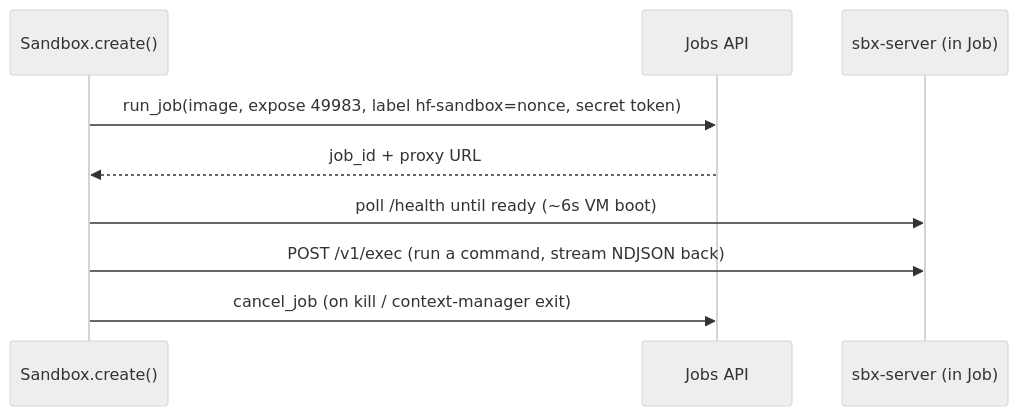
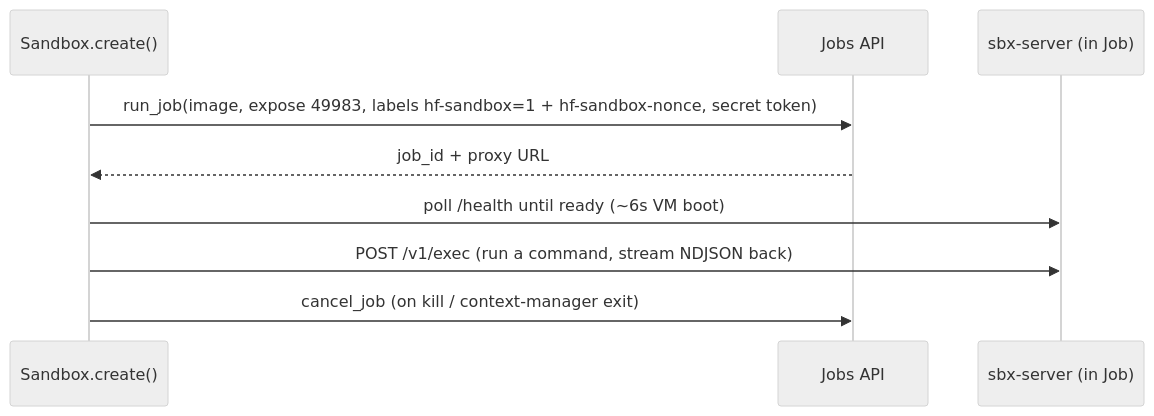
One commit to huggingface/huggingface_hub changed the second of 4 diagrams in docs/source/en/concepts/sandbox.md. Above: the diagram before and after it, drawn with Mermaid (neutral theme). The commit also changed other lines of this file and 4 other files, not shown here.

First line of the commit message:
[Sandbox] Filter jobs server-side; add stable hf-sandbox + hf-sandbox-mode labels

````diff
--- a/docs/source/en/concepts/sandbox.md
+++ b/docs/source/en/concepts/sandbox.md
@@ -67,11 +69,11 @@
 ```mermaid
 sequenceDiagram
     participant U as Sandbox.create()
     participant J as Jobs API
     participant S as sbx-server (in Job)
-    U->>J: run_job(image, expose 49983, label hf-sandbox=nonce, secret token)
+    U->>J: run_job(image, expose 49983, labels hf-sandbox=1 + hf-sandbox-nonce, secret token)
     J-->>U: job_id + proxy URL
     U->>S: poll /health until ready (~6s VM boot)
     U->>S: POST /v1/exec  (run a command, stream NDJSON back)
     U->>J: cancel_job  (on kill / context-manager exit)
 ```
````
